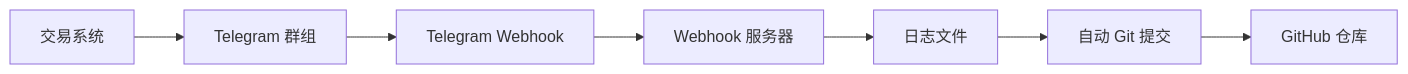
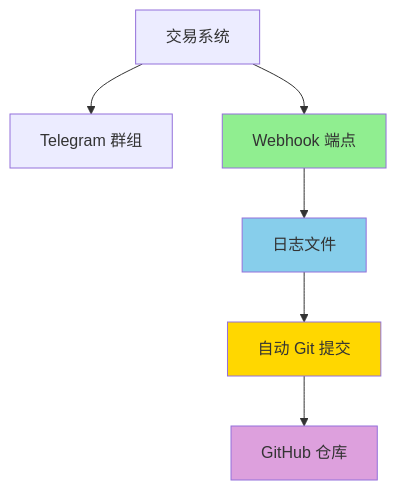
The second of 2 diagrams in README.md (deeptradings/myautotrading), drawn with Mermaid before and after one commit. The commit also changed other lines of this file, not shown here.

````diff
--- a/README.md
+++ b/README.md
@@ -204,9 +346,13 @@
 ```mermaid
-graph LR
+graph TD
     A[交易系统] --> B[Telegram 群组]
-    B --> C[Telegram Webhook]
-    C --> D[Webhook 服务器]
-    D --> E[日志文件]
-    E --> F[自动 Git 提交]
-    F --> G[GitHub 仓库]
+    A --> C[Webhook 端点]
+    C --> D[日志文件]
+    D --> E[自动 Git 提交]
+    E --> F[GitHub 仓库]
+    
+    style C fill:#90EE90
+    style D fill:#87CEEB
+    style E fill:#FFD700
+    style F fill:#DDA0DD
 ```
````
